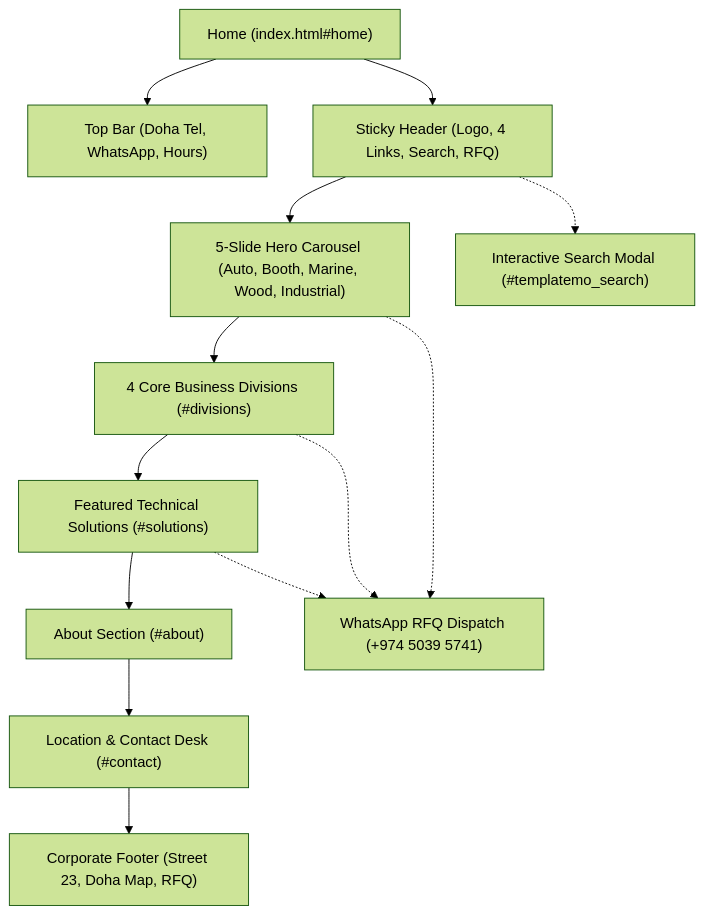
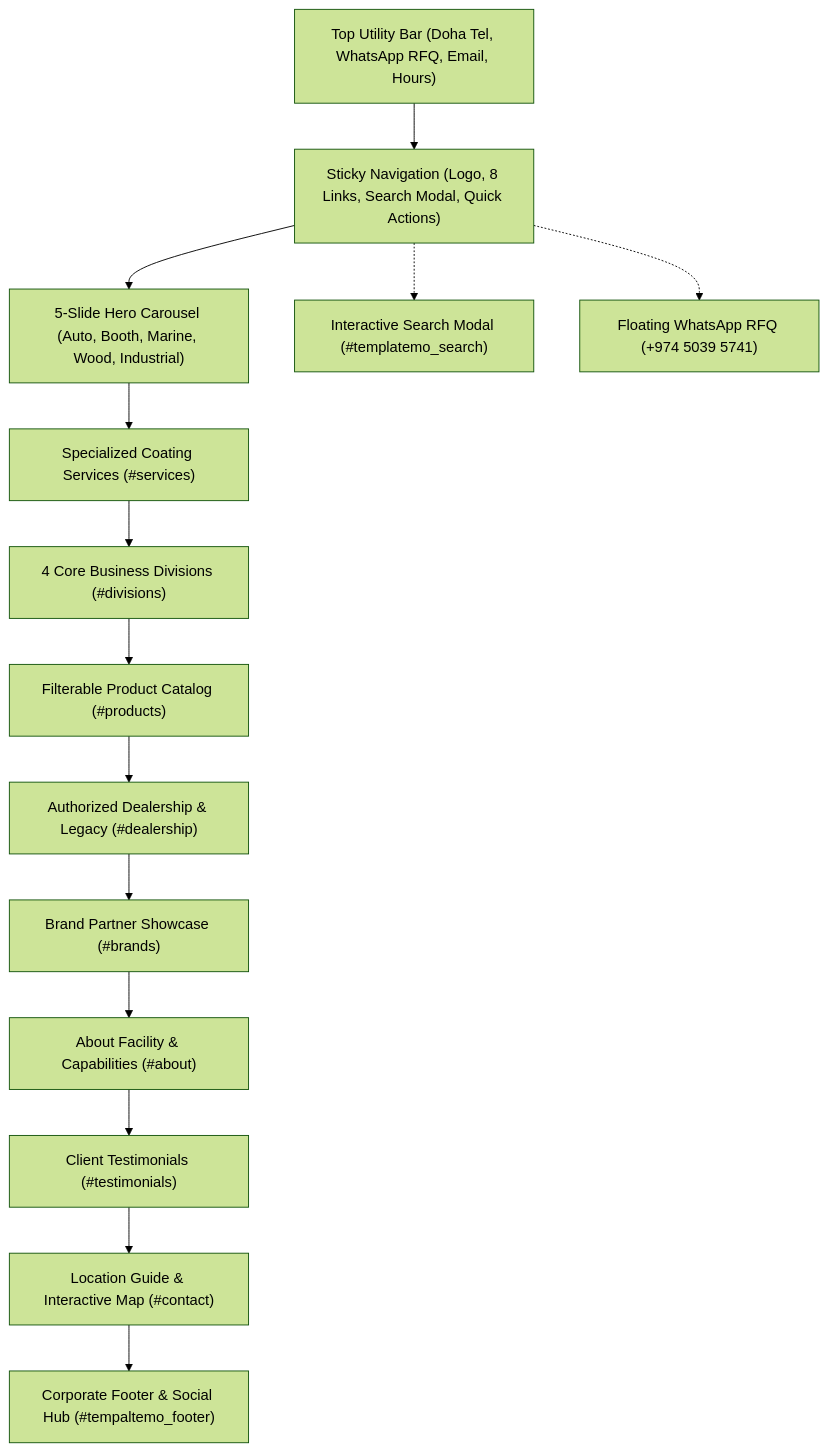
The diagram in docs/blueprint.md (manu-gitxen/royalautopaints), drawn with Mermaid (forest theme) before and after one commit. The commit also changed other lines of this file and 200 other files, not shown here.

````diff
--- a/docs/blueprint.md
+++ b/docs/blueprint.md
@@ -152,16 +34,17 @@
 ```mermaid
 flowchart TD
-    Home["Home (index.html#home)"] --> TopNav["Top Bar (Doha Tel, WhatsApp, Hours)"]
-    Home --> Nav["Sticky Header (Logo, 4 Links, Search, RFQ)"]
-    Nav --> Carousel["5-Slide Hero Carousel (Auto, Booth, Marine, Wood, Industrial)"]
-    Carousel --> Divs["4 Core Business Divisions (#divisions)"]
-    Divs --> Solutions["Featured Technical Solutions (#solutions)"]
-    Solutions --> About["About Section (#about)"]
-    About --> Contact["Location & Contact Desk (#contact)"]
-    Contact --> Footer["Corporate Footer (Street 23, Doha Map, RFQ)"]
+    TopNav["Top Utility Bar (Doha Tel, WhatsApp RFQ, Email, Hours)"] --> StickyNav["Sticky Navigation (Logo, 8 Links, Search Modal, Quick Actions)"]
+    StickyNav --> Hero["5-Slide Hero Carousel (Auto, Booth, Marine, Wood, Industrial)"]
+    Hero --> Services["Specialized Coating Services (#services)"]
+    Services --> Divisions["4 Core Business Divisions (#divisions)"]
+    Divisions --> Products["Filterable Product Catalog (#products)"]
+    Products --> Dealership["Authorized Dealership & Legacy (#dealership)"]
+    Dealership --> Brands["Brand Partner Showcase (#brands)"]
+    Brands --> About["About Facility & Capabilities (#about)"]
+    About --> Reviews["Client Testimonials (#testimonials)"]
+    Reviews --> Contact["Location Guide & Interactive Map (#contact)"]
+    Contact --> Footer["Corporate Footer & Social Hub (#tempaltemo_footer)"]
 
-    Nav -.-> SearchModal["Interactive Search Modal (#templatemo_search)"]
-    Carousel -.-> WhatsAppRFQ["WhatsApp RFQ Dispatch (+974 5039 5741)"]
-    Divs -.-> WhatsAppRFQ
-    Solutions -.-> WhatsAppRFQ
+    StickyNav -.-> SearchModal["Interactive Search Modal (#templatemo_search)"]
+    StickyNav -.-> FloatingWA["Floating WhatsApp RFQ (+974 5039 5741)"]
 ```
````
